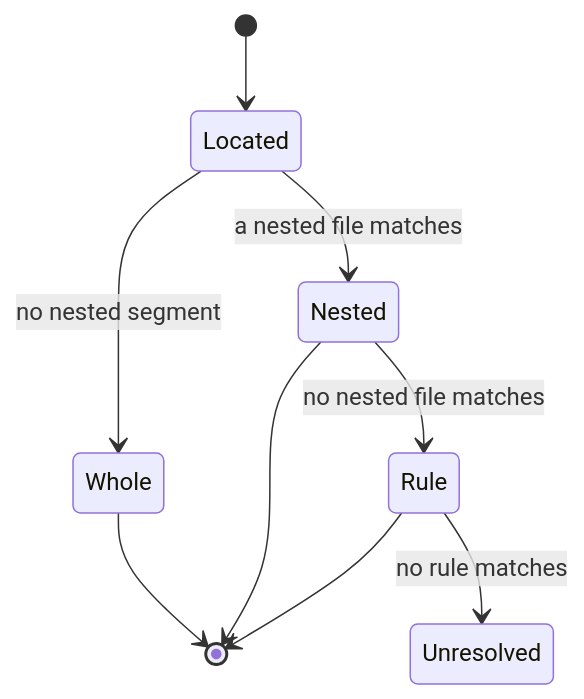
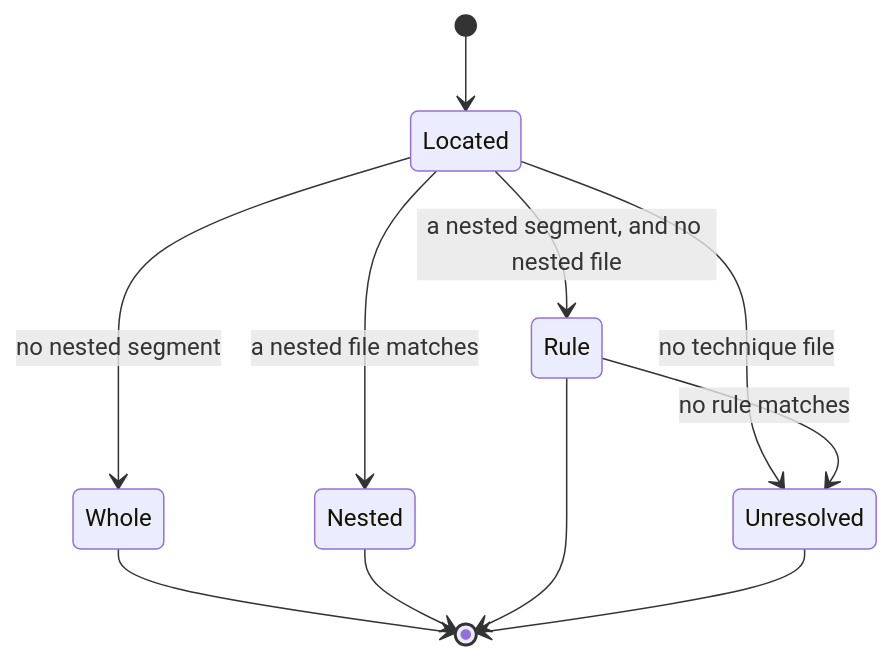
Before and after one commit to m2ux/workflow-server: diagram 21 of 34 in docs/resolution.md, drawn with Mermaid. The commit also changed other lines of this file and 17 other files, not shown here.

````diff
--- a/docs/resolution.md
+++ b/docs/resolution.md
@@ -418,11 +418,13 @@
 ```mermaid
 stateDiagram-v2
   [*] --> Located
+  Located --> Unresolved: no technique file
   Located --> Whole: no nested segment
   Located --> Nested: a nested file matches
-  Nested --> Rule: no nested file matches
+  Located --> Rule: a nested segment, and no nested file
   Rule --> Unresolved: no rule matches
   Whole --> [*]
   Nested --> [*]
   Rule --> [*]
+  Unresolved --> [*]
 ```
````
